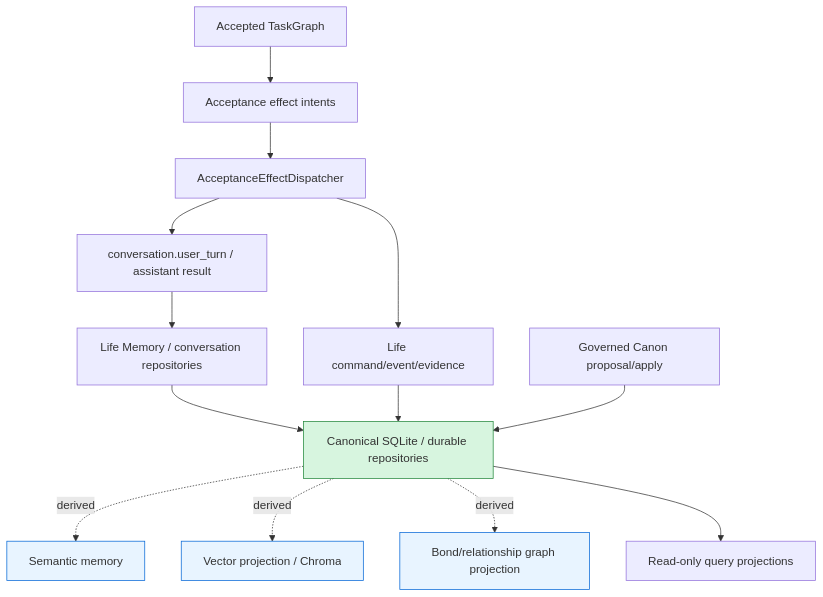
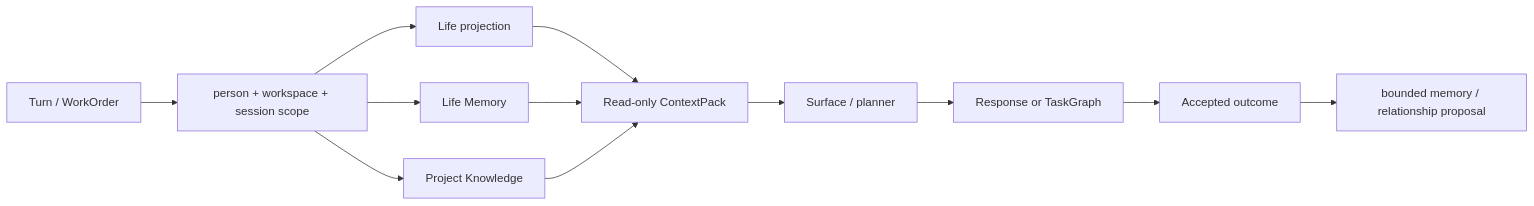
The diagram in docs/50_project/arch/diagrams/03_dataflow_recall.md (SakuraYoruno/Natsume_Ai), drawn with Mermaid before and after one commit. The commit also changed other lines of this file and 87 other files, not shown here.

````diff
--- a/docs/50_project/arch/diagrams/03_dataflow_recall.md
+++ b/docs/50_project/arch/diagrams/03_dataflow_recall.md
@@ -13,29 +6,14 @@
 ```mermaid
-flowchart TD
-    ACCEPT["Accepted TaskGraph"]
-    INTENTS["Acceptance effect intents"]
-    DISP["AcceptanceEffectDispatcher"]
-    TURN["conversation.user_turn / assistant result"]
-    LIFE["Life command/event/evidence"]
-    MEM["Life Memory / conversation repositories"]
-    CANON["Governed Canon proposal/apply"]
-    LEDGER["Canonical SQLite / durable repositories"]
-    SEM["Semantic memory"]
-    VEC["Vector projection / Chroma"]
-    GRAPH["Bond/relationship graph projection"]
-    QUERY["Read-only query projections"]
-
-    ACCEPT --> INTENTS --> DISP
-    DISP --> TURN --> MEM --> LEDGER
-    DISP --> LIFE --> LEDGER
-    CANON --> LEDGER
-    LEDGER -."derived".-> SEM
-    LEDGER -."derived".-> VEC
-    LEDGER -."derived".-> GRAPH
-    LEDGER --> QUERY
-
-    style LEDGER fill:#d7f5df,stroke:#22863a
-    style SEM fill:#e8f4ff,stroke:#0366d6
-    style VEC fill:#e8f4ff,stroke:#0366d6
-    style GRAPH fill:#e8f4ff,stroke:#0366d6
+flowchart LR
+    REQ["Turn / WorkOrder"] --> SCOPE["person + workspace + session scope"]
+    SCOPE --> LIFE["Life projection"]
+    SCOPE --> MEM["Life Memory"]
+    SCOPE --> KNOW["Project Knowledge"]
+    LIFE --> PACK["Read-only ContextPack"]
+    MEM --> PACK
+    KNOW --> PACK
+    PACK --> SURFACE["Surface / planner"]
+    SURFACE --> OUT["Response or TaskGraph"]
+    OUT --> ACCEPT["Accepted outcome"]
+    ACCEPT --> PROPOSAL["bounded memory / relationship proposal"]
 ```
````
